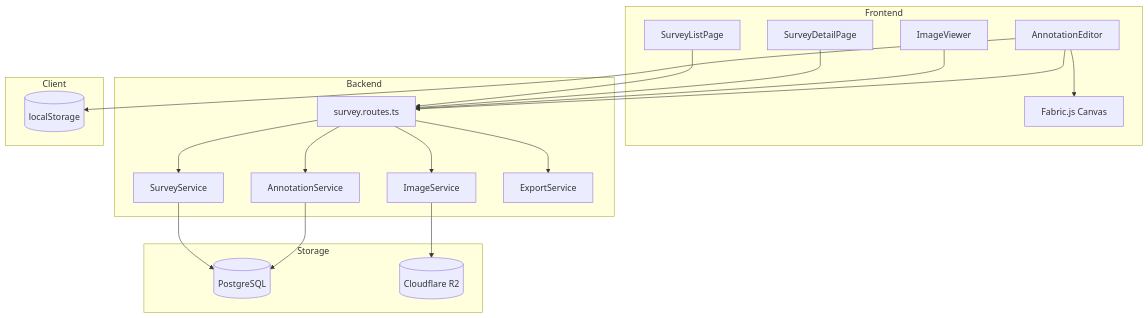
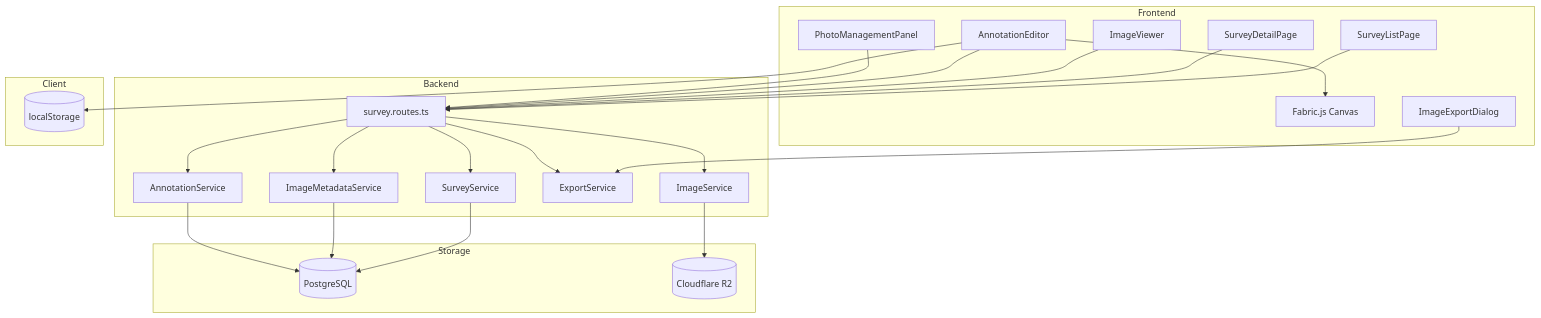
Before and after one commit to inakanou/ArchiTrack: the first of 8 diagrams in .kiro/specs/site-survey/design.md, drawn with Mermaid. The commit also changed other lines of this file and 2 other files, not shown here.

First line of the commit message:
docs(spec): add photo management, PDF report, and image export design

````diff
--- a/.kiro/specs/site-survey/design.md
+++ b/.kiro/specs/site-survey/design.md
@@ -52,44 +59,51 @@
 ```mermaid
 graph TB
     subgraph Frontend
         SurveyListPage[SurveyListPage]
         SurveyDetailPage[SurveyDetailPage]
         ImageViewer[ImageViewer]
         AnnotationEditor[AnnotationEditor]
         CanvasEngine[Fabric.js Canvas]
+        PhotoManagementPanel[PhotoManagementPanel]
+        ImageExportDialog[ImageExportDialog]
     end
 
     subgraph Backend
         SurveyRoutes[survey.routes.ts]
         SurveyService[SurveyService]
         ImageService[ImageService]
         AnnotationService[AnnotationService]
         ExportService[ExportService]
+        ImageMetadataService[ImageMetadataService]
     end
 
     subgraph Storage
         PostgreSQL[(PostgreSQL)]
         R2[(Cloudflare R2)]
     end
 
     subgraph Client
         LocalStorage[(localStorage)]
     end
 
     SurveyListPage --> SurveyRoutes
     SurveyDetailPage --> SurveyRoutes
     ImageViewer --> SurveyRoutes
     AnnotationEditor --> CanvasEngine
     AnnotationEditor --> SurveyRoutes
+    PhotoManagementPanel --> SurveyRoutes
+    ImageExportDialog --> ExportService
 
     SurveyRoutes --> SurveyService
     SurveyRoutes --> ImageService
     SurveyRoutes --> AnnotationService
     SurveyRoutes --> ExportService
+    SurveyRoutes --> ImageMetadataService
 
     SurveyService --> PostgreSQL
     ImageService --> R2
+    ImageMetadataService --> PostgreSQL
     AnnotationService --> PostgreSQL
 
     AnnotationEditor --> LocalStorage
 ```
````
